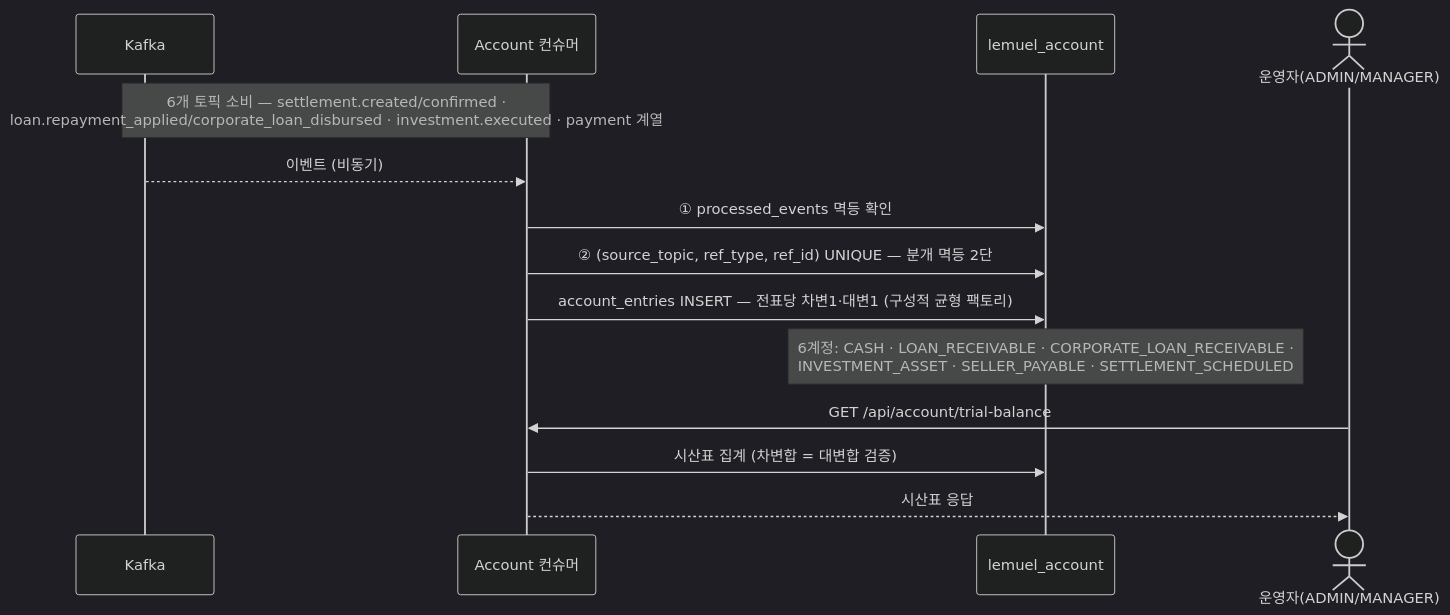
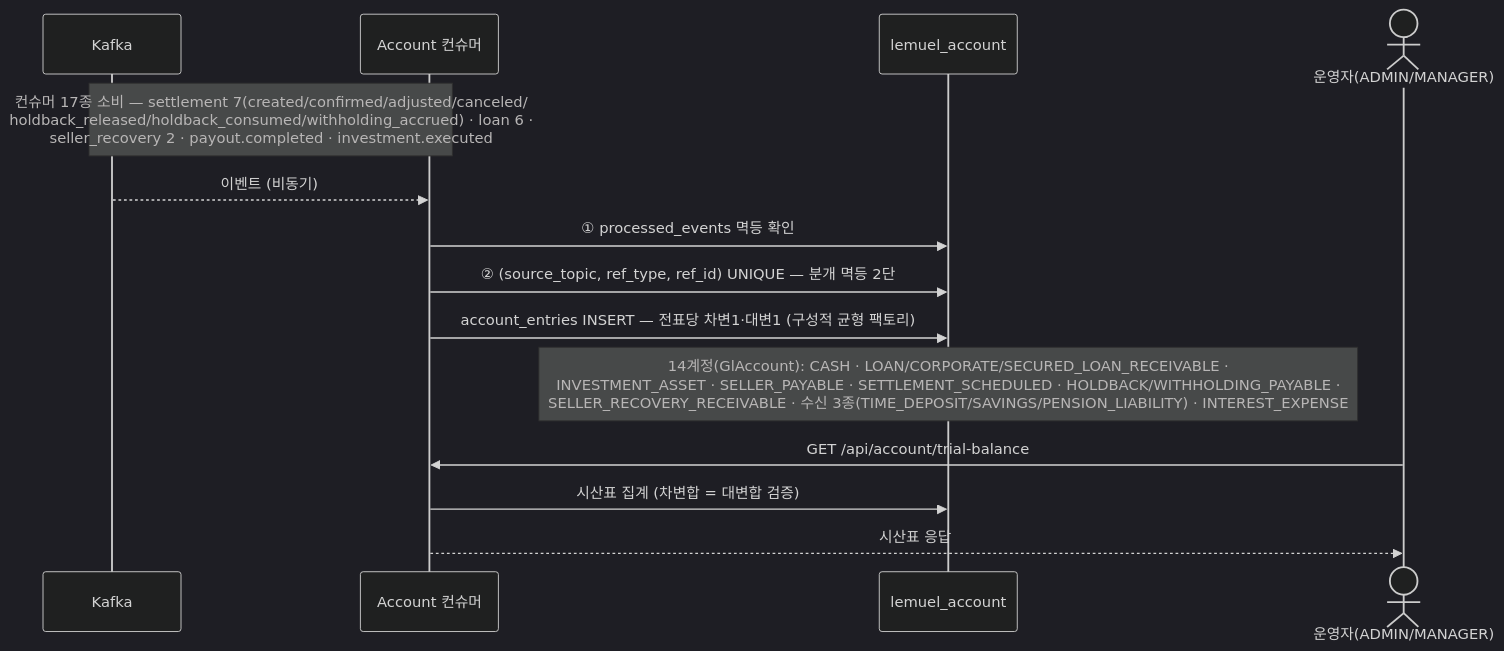
Before and after one commit to MyoungSoo7/settlement: diagram 14 of 21 in docs/SEQUENCE-DIAGRAM.md, drawn with Mermaid (dark theme). The commit also changed other lines of this file and 283 other files, not shown here.

````diff
--- a/docs/SEQUENCE-DIAGRAM.md
+++ b/docs/SEQUENCE-DIAGRAM.md
@@ -408,18 +409,18 @@
 ```mermaid
 sequenceDiagram
     participant K as Kafka
     participant ACC as Account 컨슈머
     participant ADB as lemuel_account
     actor Admin as 운영자(ADMIN/MANAGER)
 
-    Note over K,ACC: 6개 토픽 소비 — settlement.created/confirmed ·<br/>loan.repayment_applied/corporate_loan_disbursed · investment.executed · payment 계열
+    Note over K,ACC: 컨슈머 17종 소비 — settlement 7(created/confirmed/adjusted/canceled/<br/>holdback_released/holdback_consumed/withholding_accrued) · loan 6 ·<br/>seller_recovery 2 · payout.completed · investment.executed
     K-->>ACC: 이벤트 (비동기)
     ACC->>ADB: ① processed_events 멱등 확인
     ACC->>ADB: ② (source_topic, ref_type, ref_id) UNIQUE — 분개 멱등 2단
     ACC->>ADB: account_entries INSERT — 전표당 차변1·대변1 (구성적 균형 팩토리)
-    Note over ADB: 6계정: CASH · LOAN_RECEIVABLE · CORPORATE_LOAN_RECEIVABLE ·<br/>INVESTMENT_ASSET · SELLER_PAYABLE · SETTLEMENT_SCHEDULED
+    Note over ADB: 14계정(GlAccount): CASH · LOAN/CORPORATE/SECURED_LOAN_RECEIVABLE ·<br/>INVESTMENT_ASSET · SELLER_PAYABLE · SETTLEMENT_SCHEDULED · HOLDBACK/WITHHOLDING_PAYABLE ·<br/>SELLER_RECOVERY_RECEIVABLE · 수신 3종(TIME_DEPOSIT/SAVINGS/PENSION_LIABILITY) · INTEREST_EXPENSE
 
     Admin->>ACC: GET /api/account/trial-balance
     ACC->>ADB: 시산표 집계 (차변합 = 대변합 검증)
     ACC-->>Admin: 시산표 응답
 ```
````
